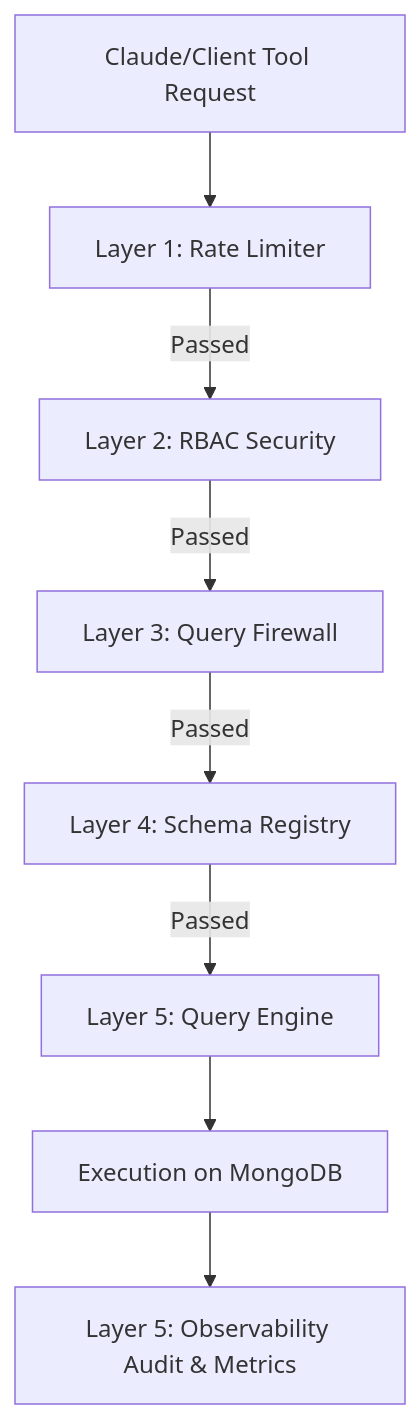
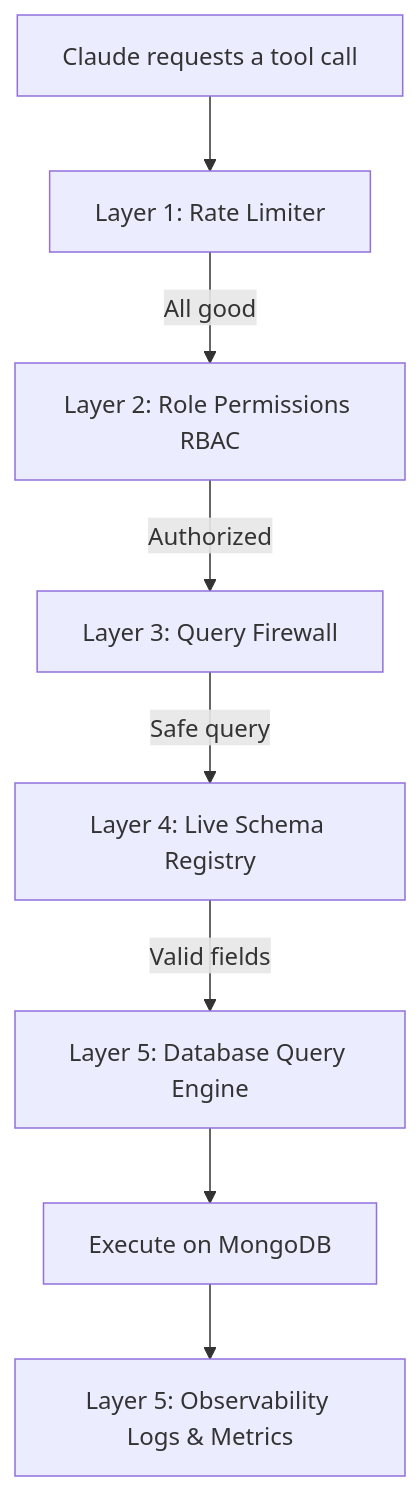
One commit to DharhshiniVJ/mongo-mcp-pro changed the diagram in README.md. Above: the diagram before and after it, drawn with Mermaid. The commit also changed other lines of this file, not shown here.

````diff
--- a/README.md
+++ b/README.md
@@ -22,10 +24,10 @@
 ```mermaid
 graph TD
-    A[Claude/Client Tool Request] --> B[Layer 1: Rate Limiter]
-    B -->|Passed| C[Layer 2: RBAC Security]
-    C -->|Passed| D[Layer 3: Query Firewall]
-    D -->|Passed| E[Layer 4: Schema Registry]
-    E -->|Passed| F[Layer 5: Query Engine]
-    F --> G[Execution on MongoDB]
-    G --> H[Layer 5: Observability Audit & Metrics]
+    A[Claude requests a tool call] --> B[Layer 1: Rate Limiter]
+    B -->|All good| C[Layer 2: Role Permissions RBAC]
+    C -->|Authorized| D[Layer 3: Query Firewall]
+    D -->|Safe query| E[Layer 4: Live Schema Registry]
+    E -->|Valid fields| F[Layer 5: Database Query Engine]
+    F --> G[Execute on MongoDB]
+    G --> H[Layer 5: Observability Logs & Metrics]
 ```
````
